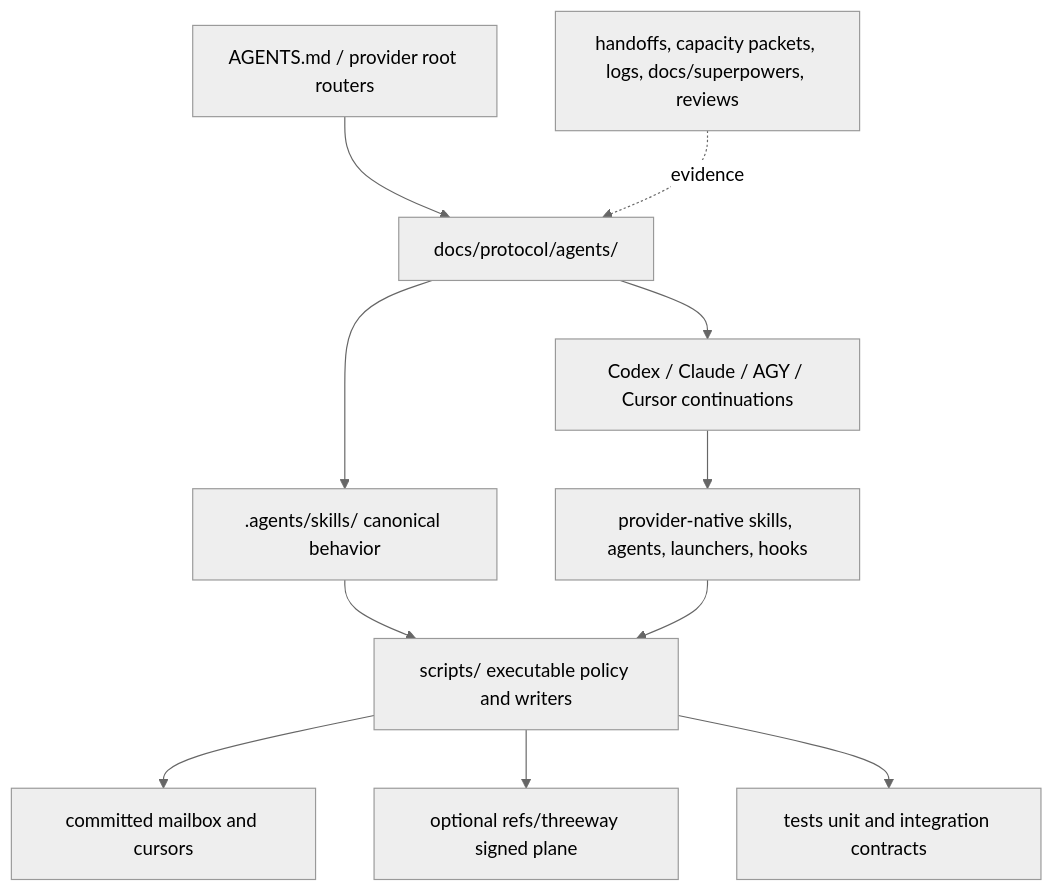
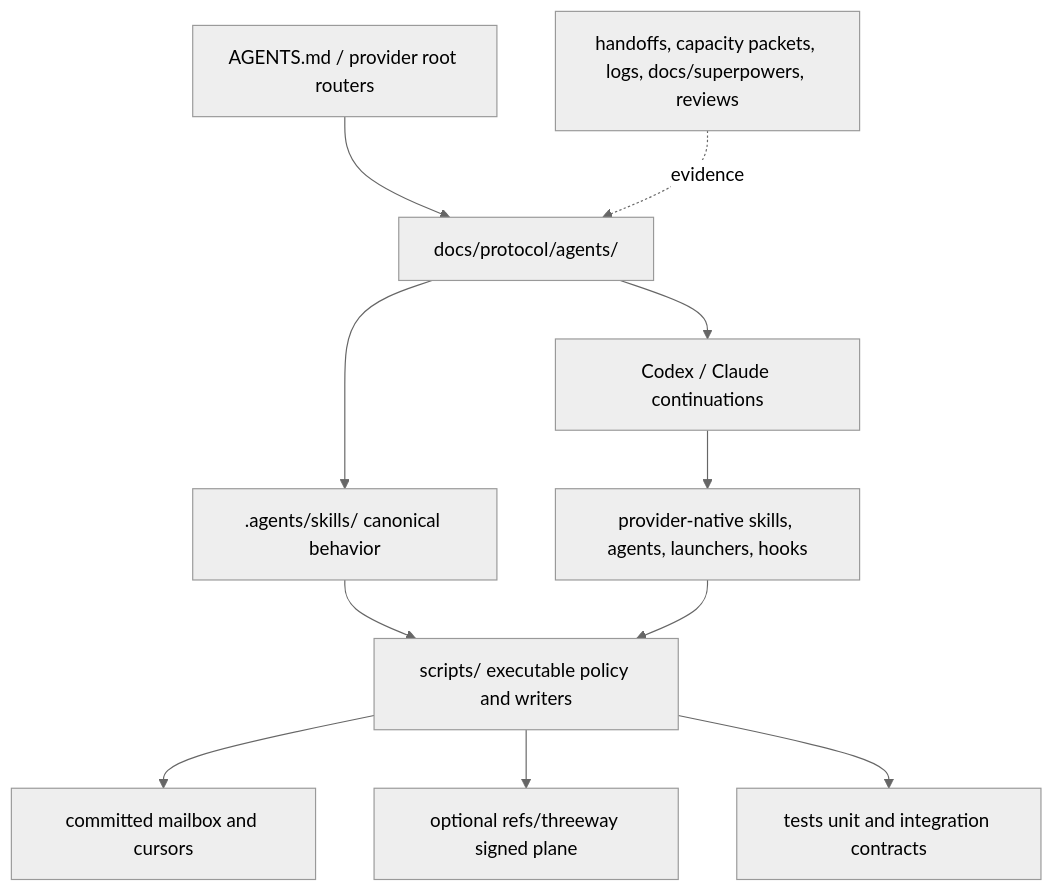
Before and after one commit to hkk009008-svg/governance-os: the diagram in docs/protocol/protocol-assembly-map.md, drawn with Mermaid (neutral theme). The commit also changed other lines of this file and 97 other files, not shown here.

Commit message:
refactor(protocol): retire AGY and Cursor providers

````diff
--- a/docs/protocol/protocol-assembly-map.md
+++ b/docs/protocol/protocol-assembly-map.md
@@ -6,13 +6,13 @@
 ```mermaid
 flowchart TD
   Root["AGENTS.md / provider root routers"] --> Policy["docs/protocol/agents/"]
-  Policy --> Adapters["Codex / Claude / AGY / Cursor continuations"]
+  Policy --> Adapters["Codex / Claude continuations"]
   Policy --> Skills[".agents/skills/ canonical behavior"]
   Adapters --> Native["provider-native skills, agents, launchers, hooks"]
   Skills --> Kernel["scripts/ executable policy and writers"]
   Native --> Kernel
   Kernel --> Mailbox["committed mailbox and cursors"]
   Kernel --> Bus["optional refs/threeway signed plane"]
   Kernel --> Tests["tests unit and integration contracts"]
   History["handoffs, capacity packets, logs, docs/superpowers, reviews"] -. evidence .-> Policy
 ```
````
